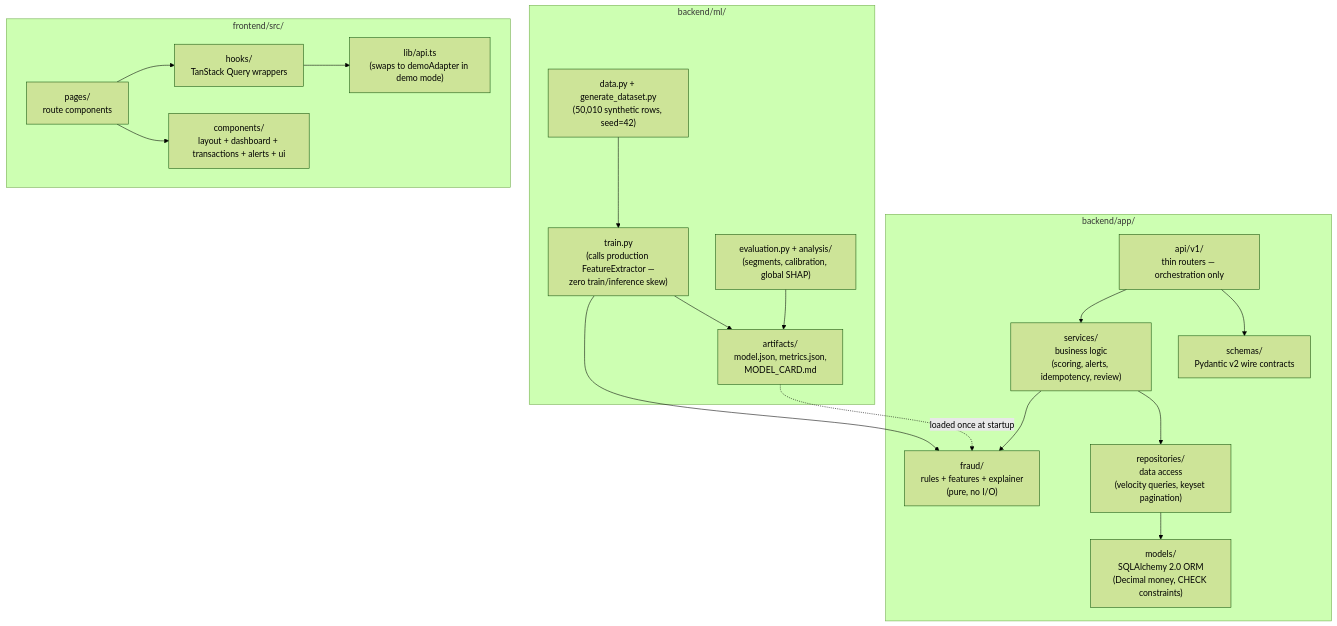
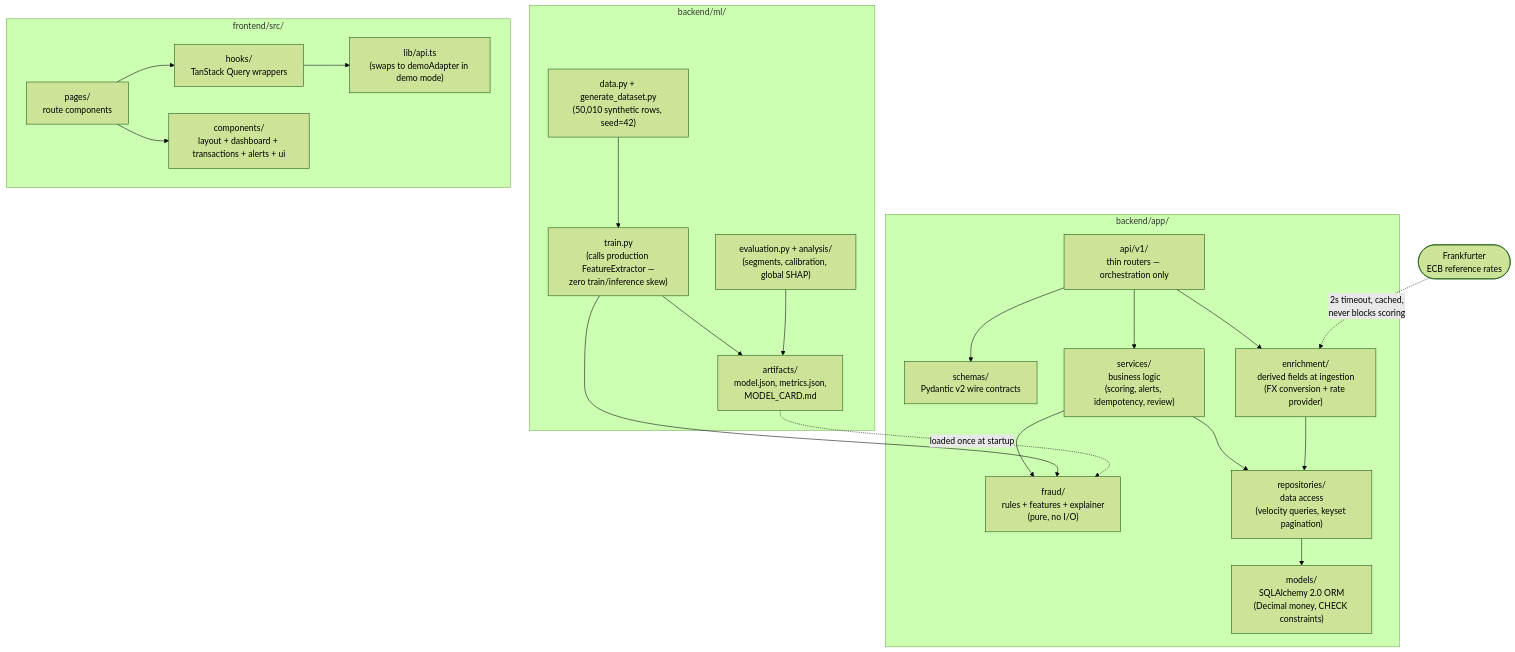
The fifth of 5 diagrams in docs/ARCHITECTURE.md (apoorvrajdev/fraud-radar), drawn with Mermaid (forest theme) before and after one commit. The commit also changed other lines of this file and 3 other files, not shown here.

````diff
--- a/docs/ARCHITECTURE.md
+++ b/docs/ARCHITECTURE.md
@@ -156,40 +175,45 @@
 ```mermaid
 flowchart TD
     subgraph Backend["backend/app/"]
         ROUTERS["api/v1/<br/>thin routers — orchestration only"]
         SCHEMAS["schemas/<br/>Pydantic v2 wire contracts"]
         SERVICES["services/<br/>business logic<br/>(scoring, alerts, idempotency, review)"]
+        ENRICH["enrichment/<br/>derived fields at ingestion<br/>(FX conversion + rate provider)"]
         FRAUD["fraud/<br/>rules + features + explainer<br/>(pure, no I/O)"]
         REPOS["repositories/<br/>data access<br/>(velocity queries, keyset pagination)"]
         MODELS["models/<br/>SQLAlchemy 2.0 ORM<br/>(Decimal money, CHECK constraints)"]
     end
 
     subgraph ML["backend/ml/"]
         DATA["data.py + generate_dataset.py<br/>(50,010 synthetic rows, seed=42)"]
         TRAIN["train.py<br/>(calls production FeatureExtractor —<br/>zero train/inference skew)"]
         EVAL["evaluation.py + analysis/<br/>(segments, calibration, global SHAP)"]
         ART["artifacts/<br/>model.json, metrics.json,<br/>MODEL_CARD.md"]
     end
 
     subgraph Frontend["frontend/src/"]
         PAGES["pages/<br/>route components"]
         HOOKS["hooks/<br/>TanStack Query wrappers"]
         LIB["lib/api.ts<br/>(swaps to demoAdapter in demo mode)"]
         COMP["components/<br/>layout + dashboard + transactions + alerts + ui"]
     end
 
     ROUTERS --> SERVICES
     ROUTERS --> SCHEMAS
+    ROUTERS --> ENRICH
     SERVICES --> FRAUD
     SERVICES --> REPOS
+    ENRICH --> REPOS
     REPOS --> MODELS
+
+    FX(["Frankfurter<br/>ECB reference rates"]) -.->|"2s timeout, cached,<br/>never blocks scoring"| ENRICH
     DATA --> TRAIN
     TRAIN --> FRAUD
     TRAIN --> ART
     EVAL --> ART
     PAGES --> HOOKS
     HOOKS --> LIB
     PAGES --> COMP
 
     ART -.->|"loaded once at startup"| FRAUD
 ```
````
